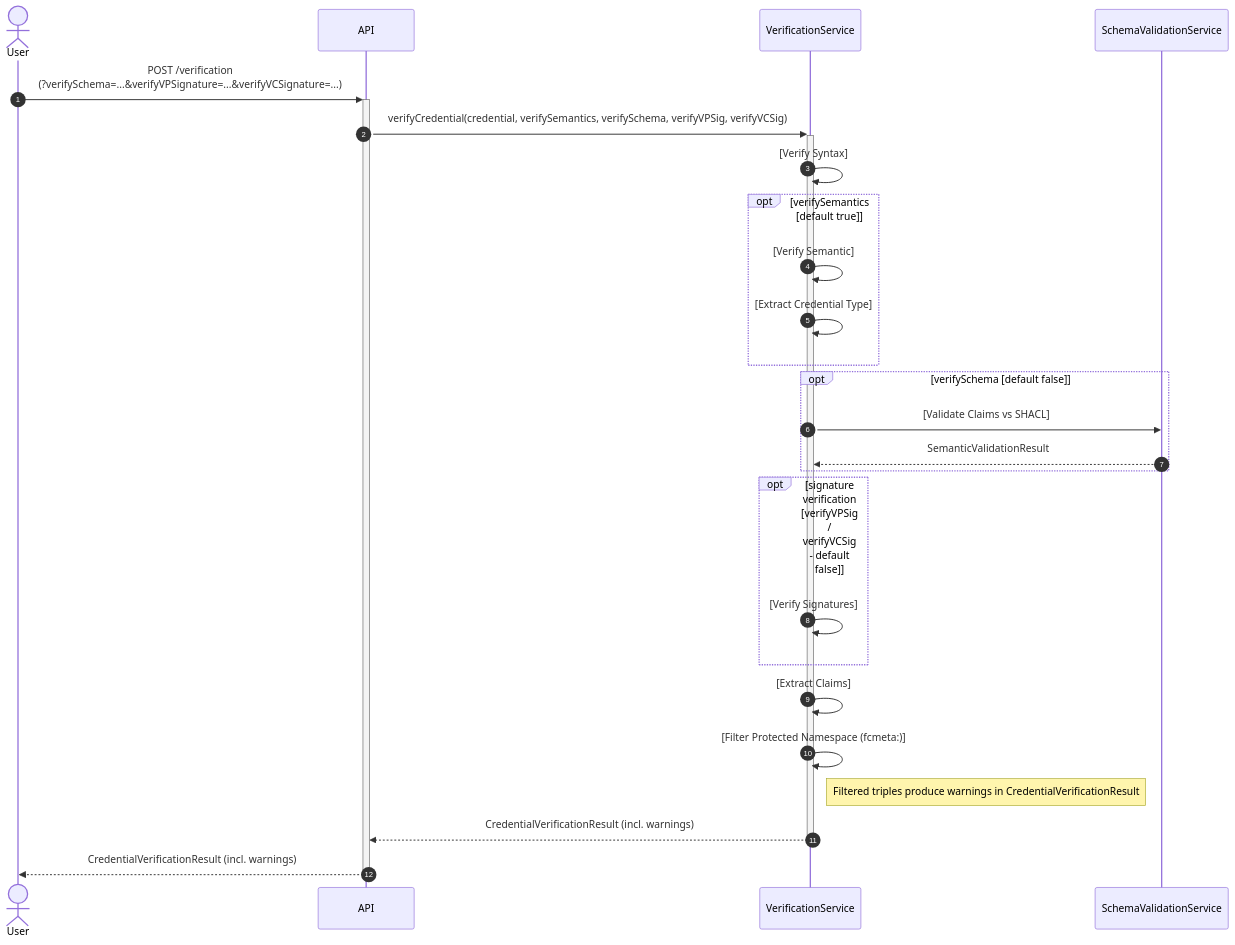
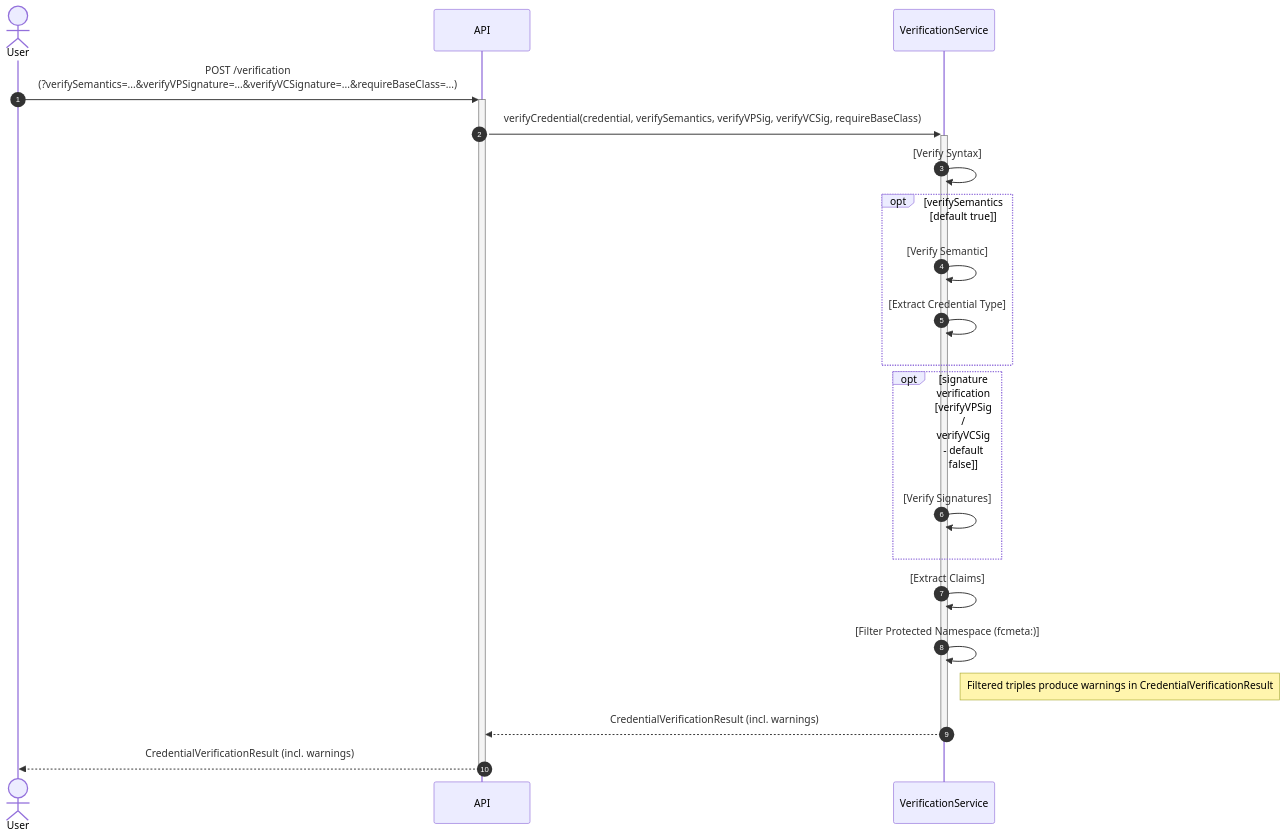
One commit to eclipse-xfsc/docs changed diagram 39 of 44 in federated-catalogue/src/docs/architecture/chapters/06_runtime_view.adoc. Above: the diagram before and after it, drawn with Mermaid. The commit also changed other lines of this file and 5 other files, not shown here.

```diff
--- a/federated-catalogue/src/docs/architecture/chapters/06_runtime_view.adoc
+++ b/federated-catalogue/src/docs/architecture/chapters/06_runtime_view.adoc
@@ -1218,27 +1218,23 @@
 [mermaid, width=2000]
 ....
 sequenceDiagram
     autonumber
     actor User
     participant API
     participant VerificationService
-    User ->> + API:POST /verification<br>(?verifySchema=...&verifyVPSignature=...&verifyVCSignature=...)
-    API ->> + VerificationService:verifyCredential(credential, verifySemantics, verifySchema, verifyVPSig, verifyVCSig)
+    User ->> + API:POST /verification<br>(?verifySemantics=...&verifyVPSignature=...&verifyVCSignature=...&requireBaseClass=...)
+    API ->> + VerificationService:verifyCredential(credential, verifySemantics, verifyVPSig, verifyVCSig, requireBaseClass)
     VerificationService ->> VerificationService: [Verify Syntax]
     opt verifySemantics [default true]
         VerificationService ->> VerificationService: [Verify Semantic]
         VerificationService ->> VerificationService: [Extract Credential Type]
-    end
-    opt verifySchema [default false]
-        VerificationService ->> SchemaValidationService: [Validate Claims vs SHACL]
-        SchemaValidationService -->> VerificationService: SemanticValidationResult
     end
     opt signature verification [verifyVPSig / verifyVCSig - default false]
         VerificationService ->> VerificationService: [Verify Signatures]
     end
     VerificationService ->> VerificationService:[Extract Claims]
     VerificationService ->> VerificationService:[Filter Protected Namespace (fcmeta:)]
     Note right of VerificationService: Filtered triples produce warnings in CredentialVerificationResult
     VerificationService -->> - API:CredentialVerificationResult (incl. warnings)
     API -->> -User: CredentialVerificationResult (incl. warnings)
 ....
```
